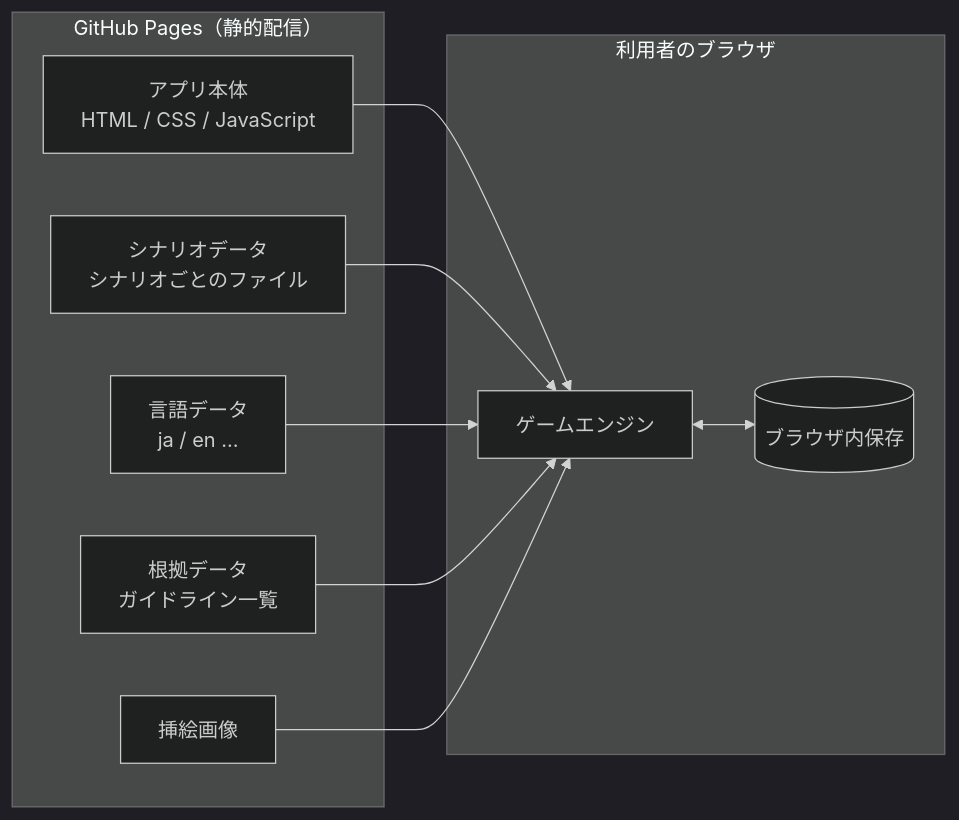
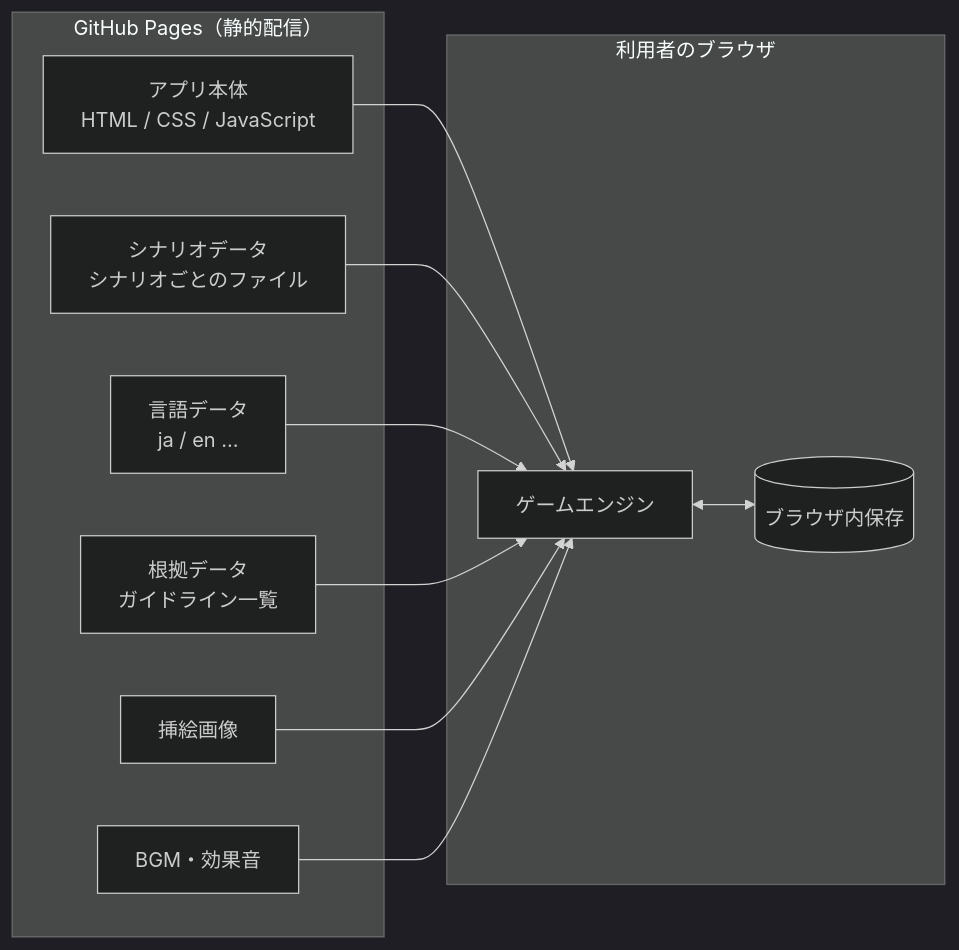
Before and after one commit to itsumonotakumi/you-think-you-can-do-better: the first of 4 diagrams in docs/basic-design-ja.md, drawn with Mermaid (dark theme). The commit also changed other lines of this file and 4 other files, not shown here.

First line of the commit message:
docs: 詳細設計書を追加し、BGM・効果音・没入演出を全文書に反映

````diff
--- a/docs/basic-design-ja.md
+++ b/docs/basic-design-ja.md
@@ -30,20 +31,22 @@
 ```mermaid
 flowchart LR
   subgraph GH[GitHub Pages（静的配信）]
     APP[アプリ本体<br/>HTML / CSS / JavaScript]
     SC[シナリオデータ<br/>シナリオごとのファイル]
     LC[言語データ<br/>ja / en …]
     RF[根拠データ<br/>ガイドライン一覧]
     IMG[挿絵画像]
+    AUD[BGM・効果音]
   end
   subgraph BR[利用者のブラウザ]
     ENG[ゲームエンジン]
     ST[(ブラウザ内保存)]
   end
   APP --> ENG
   SC --> ENG
   LC --> ENG
   RF --> ENG
   IMG --> ENG
+  AUD --> ENG
   ENG <--> ST
 ```
````
